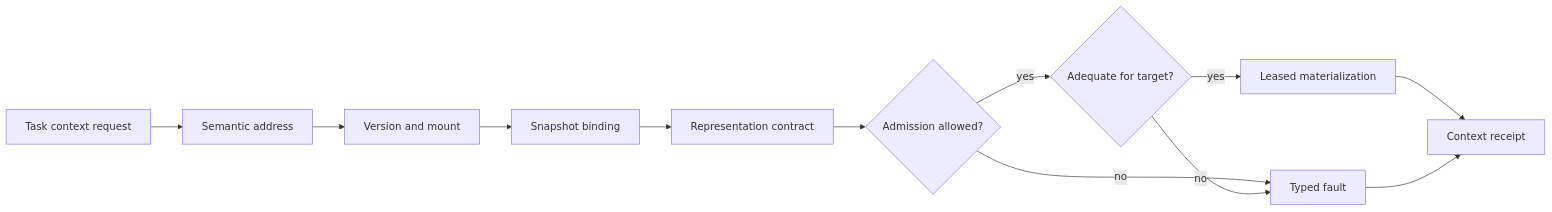
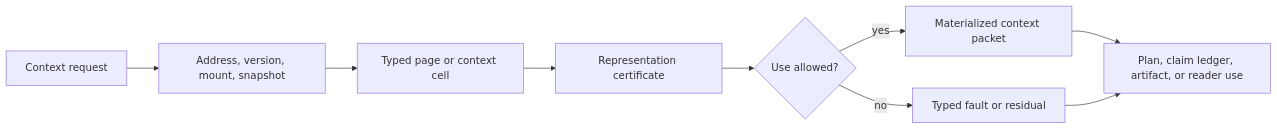
One commit to corbensorenson/asi-stack-book changed the diagram in editions/reader_manuscript/v1_0/chapters/virtual-context-abi.qmd. Above: the diagram before and after it, drawn with Mermaid. The commit also changed other lines of this file and 94 other files, not shown here.

Commit message:
Merge semantic pages into context ABI

````diff
--- a/editions/reader_manuscript/v1_0/chapters/virtual-context-abi.qmd
+++ b/editions/reader_manuscript/v1_0/chapters/virtual-context-abi.qmd
@@ -105,14 +95,11 @@
 ```{mermaid}
 flowchart LR
-  A["Task context request"] --> B["Semantic address"]
-  B --> C["Version and mount"]
-  C --> D["Snapshot binding"]
-  D --> E["Representation contract"]
-  E --> F{"Admission allowed?"}
-  F -- "no" --> G["Typed fault"]
-  F -- "yes" --> H{"Adequate for target?"}
-  H -- "yes" --> I["Leased materialization"]
-  H -- "no" --> G
-  I --> J["Context receipt"]
-  G --> J
+  A["Context request"] --> B["Address, version, mount, snapshot"]
+  B --> C["Typed page or context cell"]
+  C --> D["Representation certificate"]
+  D --> E{"Use allowed?"}
+  E -- "yes" --> F["Materialized context packet"]
+  E -- "no" --> G["Typed fault or residual"]
+  F --> H["Plan, claim ledger, artifact, or reader use"]
+  G --> H
 ```
````
